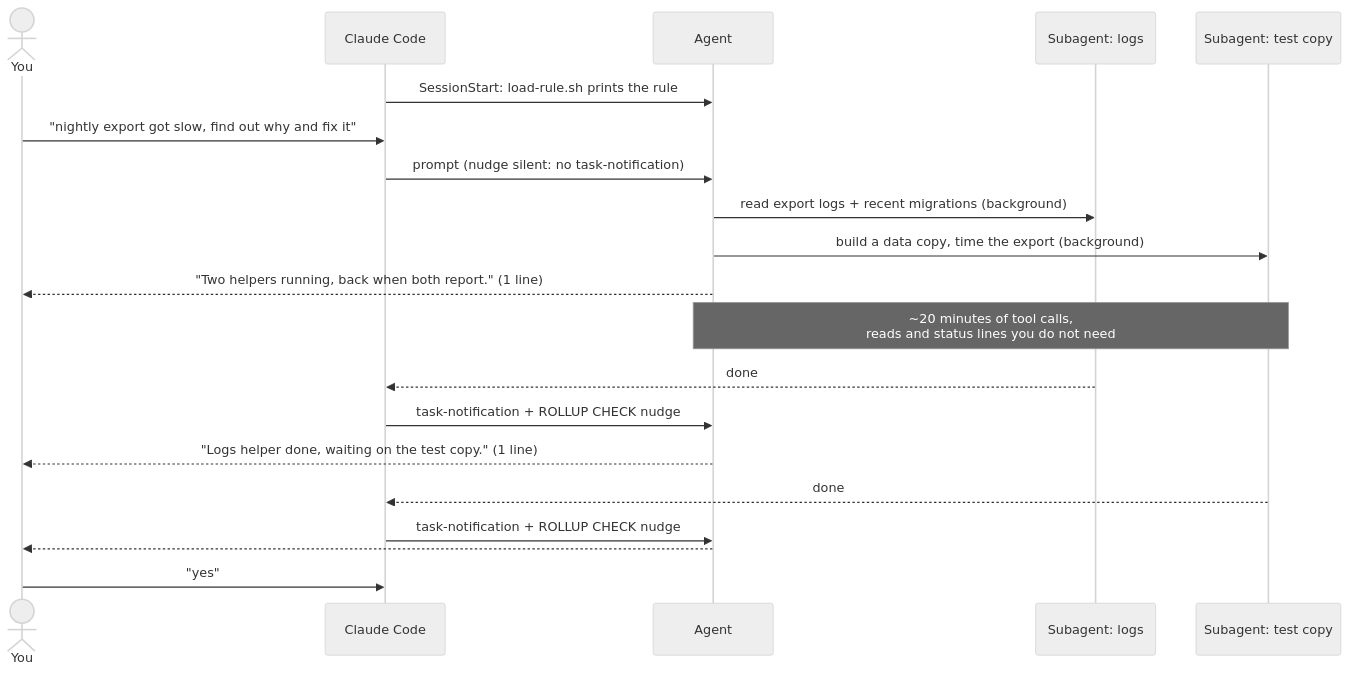
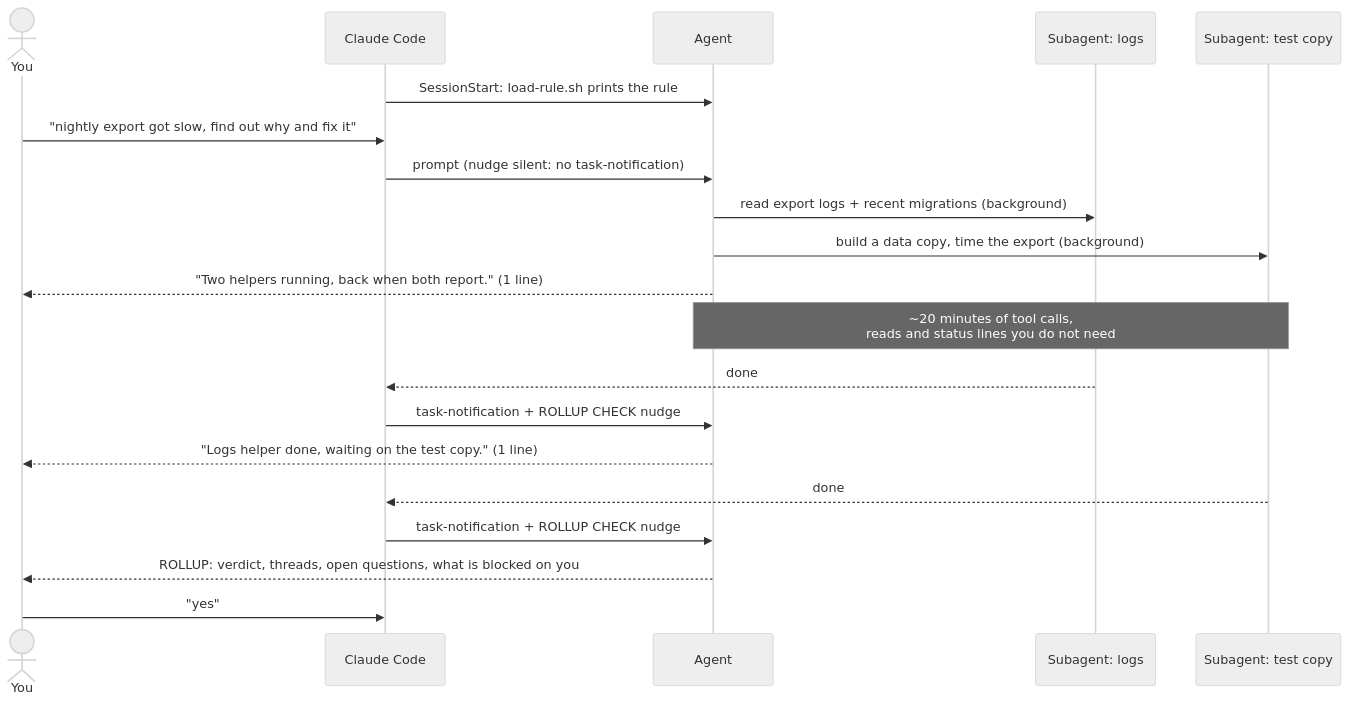
One commit to luutuankiet/sample-claude-rollup-setup changed the second of 2 diagrams in README.md. Above: the diagram before and after it, drawn with Mermaid (neutral theme). The commit also changed other lines of this file and 1 other file, not shown here.

Commit message:
Diagrams: drop entity codes and a leading # that GitHub's renderer swallows

````diff
--- a/README.md
+++ b/README.md
@@ -75,22 +75,22 @@
 ```mermaid
 sequenceDiagram
   actor U as You
   participant H as Claude Code
   participant A as Agent
   participant S1 as Subagent: logs
   participant S2 as Subagent: test copy
   H->>A: SessionStart: load-rule.sh prints the rule
   U->>H: "nightly export got slow, find out why and fix it"
   H->>A: prompt (nudge silent: no task-notification)
   A->>S1: read export logs + recent migrations (background)
   A->>S2: build a data copy, time the export (background)
   A-->>U: "Two helpers running, back when both report." (1 line)
   Note over A,S2: ~20 minutes of tool calls,<br/>reads and status lines you do not need
   S1-->>H: done
   H->>A: task-notification + ROLLUP CHECK nudge
   A-->>U: "Logs helper done, waiting on the test copy." (1 line)
   S2-->>H: done
   H->>A: task-notification + ROLLUP CHECK nudge
-  A-->>U: # Rollup: verdict, threads, open questions, what is blocked on you
+  A-->>U: ROLLUP: verdict, threads, open questions, what is blocked on you
   U->>H: "yes"
 ```
````
